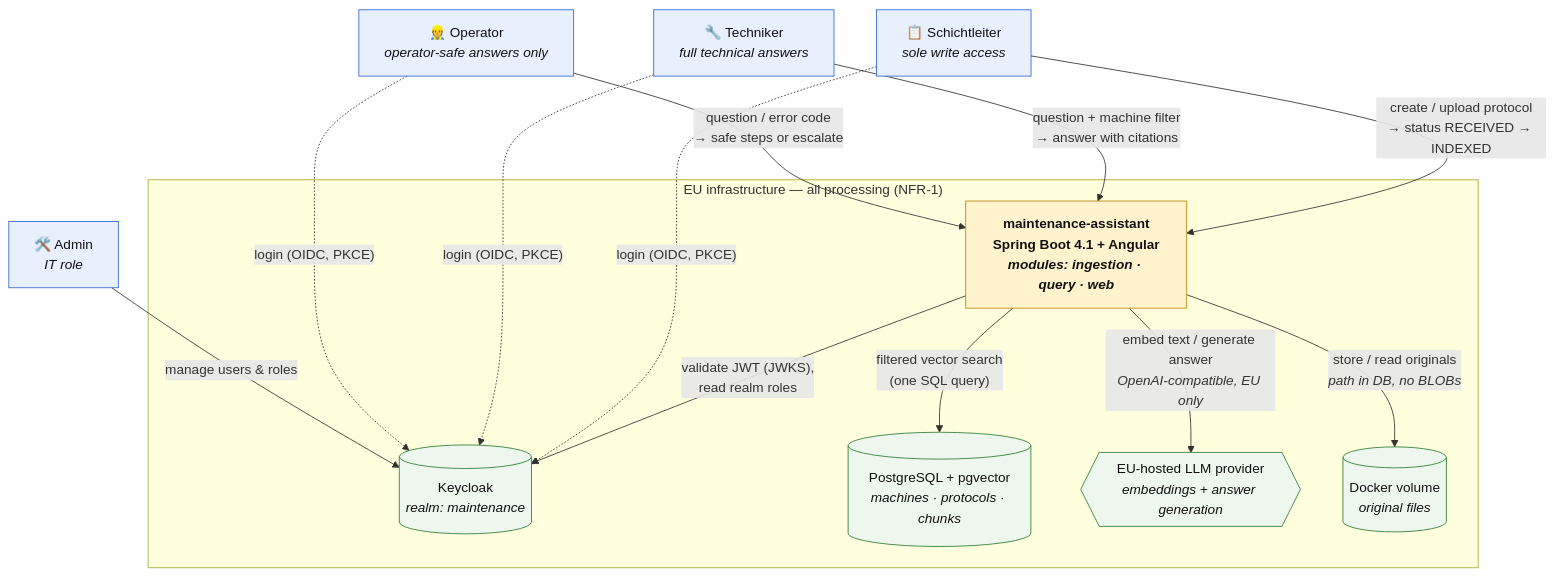
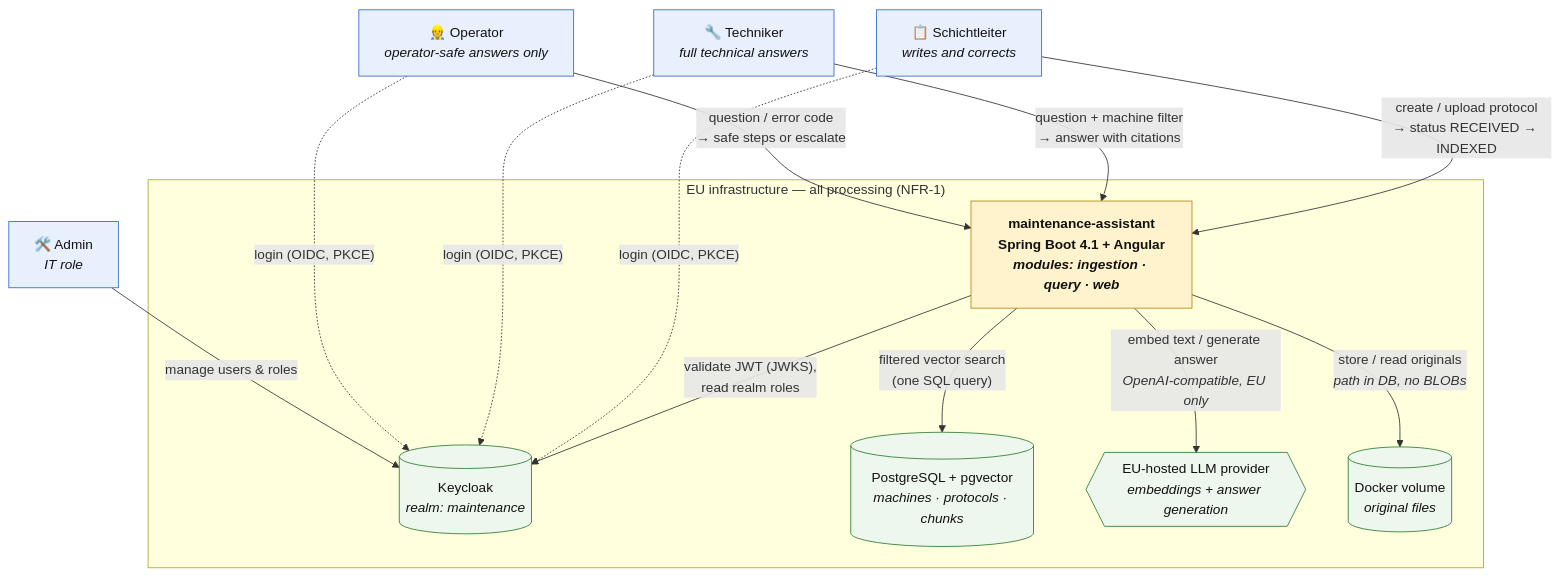
The diagram in docs/arc42/diagrams/context.mmd (Keglev/maintenance-assistant), drawn with Mermaid before and after one commit. The commit also changed 34 other files, not shown here.

```diff
--- a/docs/arc42/diagrams/context.mmd
+++ b/docs/arc42/diagrams/context.mmd
@@ -1,43 +1,43 @@
 %% System context — maintenance-assistant (arc42 section 3.1)
 %% Render: node docs/scripts/generate-diagrams.mjs
 flowchart TB
     operator["👷 Operator<br/><i>operator-safe answers only</i>"]
     techniker["🔧 Techniker<br/><i>full technical answers</i>"]
-    schichtleiter["📋 Schichtleiter<br/><i>sole write access</i>"]
+    schichtleiter["📋 Schichtleiter<br/><i>writes and corrects</i>"]
     admin["🛠️ Admin<br/><i>IT role</i>"]
 
     app["<b>maintenance-assistant</b><br/>Spring Boot 4.1 + Angular<br/><i>modules: ingestion · query · web</i>"]
 
     keycloak[("Keycloak<br/><i>realm: maintenance</i>")]
     postgres[("PostgreSQL + pgvector<br/><i>machines · protocols · chunks</i>")]
     llm{{"EU-hosted LLM provider<br/><i>embeddings + answer generation</i>"}}
     files[("Docker volume<br/><i>original files</i>")]
 
     operator -- "question / error code<br/>→ safe steps or escalate" --> app
     techniker -- "question + machine filter<br/>→ answer with citations" --> app
     schichtleiter -- "create / upload protocol<br/>→ status RECEIVED → INDEXED" --> app
     admin -- "manage users & roles" --> keycloak
 
     operator -. "login (OIDC, PKCE)" .-> keycloak
     techniker -. "login (OIDC, PKCE)" .-> keycloak
     schichtleiter -. "login (OIDC, PKCE)" .-> keycloak
 
     app -- "validate JWT (JWKS),<br/>read realm roles" --> keycloak
     app -- "filtered vector search<br/>(one SQL query)" --> postgres
     app -- "embed text / generate answer<br/><i>OpenAI-compatible, EU only</i>" --> llm
     app -- "store / read originals<br/><i>path in DB, no BLOBs</i>" --> files
 
     subgraph eu["EU infrastructure — all processing (NFR-1)"]
         app
         keycloak
         postgres
         files
         llm
     end
 
     classDef user fill:#e8f0fe,stroke:#3367d6,color:#111
     classDef system fill:#fff3cd,stroke:#b8860b,color:#111,font-weight:bold
     classDef ext fill:#eef7ee,stroke:#2e7d32,color:#111
     class operator,techniker,schichtleiter,admin user
     class app system
     class keycloak,postgres,llm,files ext
```
